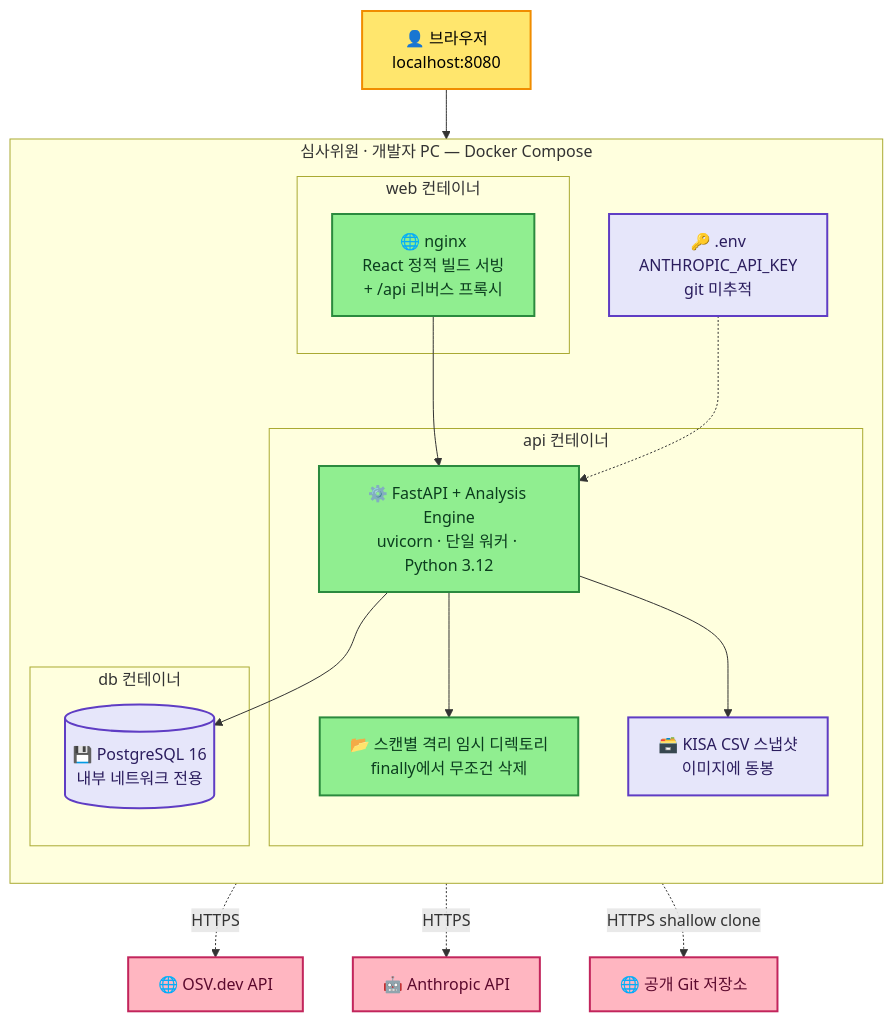
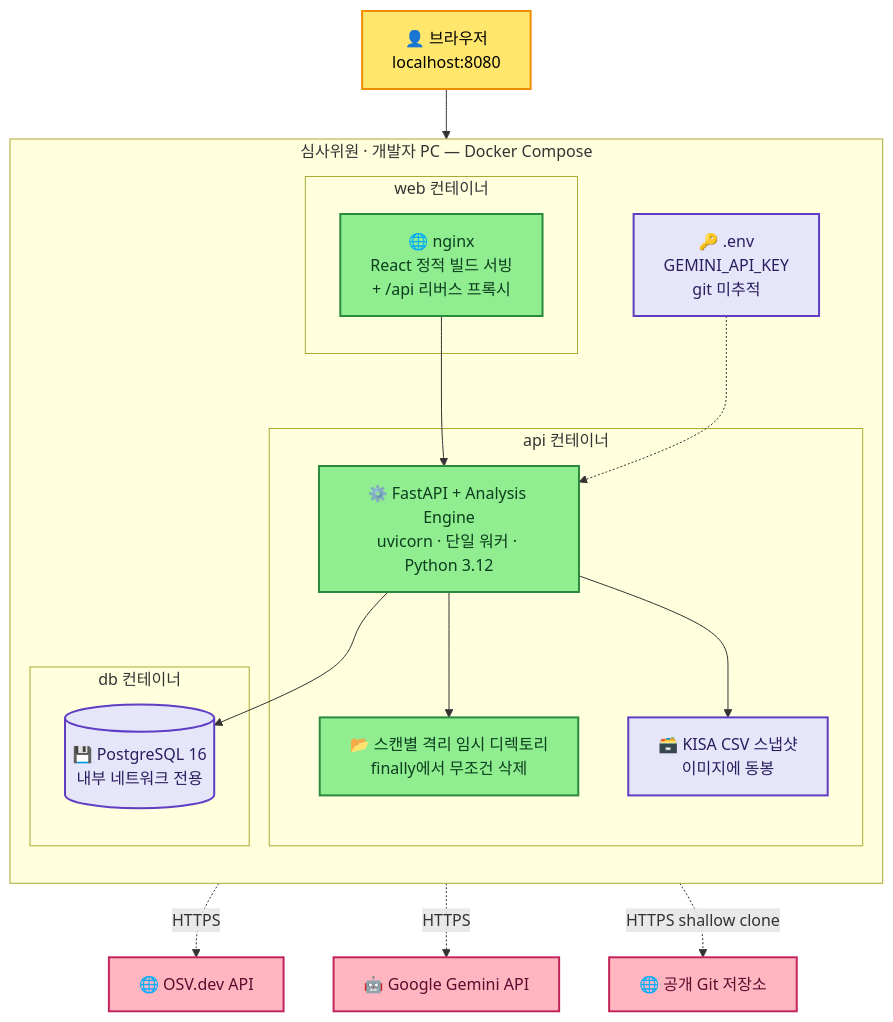
Before and after one commit to fmaPark/ansim-code: the fifth of 5 diagrams in docs/tdd.md, drawn with Mermaid. The commit also changed other lines of this file and 1 other file, not shown here.

First line of the commit message:
docs: TDD v0.6 — LLM 공급자 Gemini 전면 전환 반영 + 기획 검토 요청서

````diff
--- a/docs/tdd.md
+++ b/docs/tdd.md
@@ -411,44 +412,44 @@
 ```mermaid
 graph TB
     Browser[👤 브라우저<br/>localhost:8080]
 
     subgraph Host["심사위원 · 개발자 PC — Docker Compose"]
         direction TB
         subgraph WebC["web 컨테이너"]
             NGINX[🌐 nginx<br/>React 정적 빌드 서빙<br/>+ /api 리버스 프록시]
         end
         subgraph ApiC["api 컨테이너"]
             FASTAPI[⚙️ FastAPI + Analysis Engine<br/>uvicorn · 단일 워커 · Python 3.12]
             TMPV[📂 스캔별 격리 임시 디렉토리<br/>finally에서 무조건 삭제]
             SEED[🗃️ KISA CSV 스냅샷<br/>이미지에 동봉]
         end
         subgraph DbC["db 컨테이너"]
             PG[(💾 PostgreSQL 16<br/>내부 네트워크 전용)]
         end
-        ENV[🔑 .env<br/>ANTHROPIC_API_KEY<br/>git 미추적]
+        ENV[🔑 .env<br/>GEMINI_API_KEY<br/>git 미추적]
     end
 
     OSVX[🌐 OSV.dev API]
-    ANTH[🤖 Anthropic API]
+    GEM[🤖 Google Gemini API]
     GH[🌐 공개 Git 저장소]
 
     Browser --> NGINX
     NGINX --> FASTAPI
     FASTAPI --> PG
     FASTAPI --> TMPV
     FASTAPI --> SEED
     FASTAPI -.->|HTTPS| OSVX
-    FASTAPI -.->|HTTPS| ANTH
+    FASTAPI -.->|HTTPS| GEM
     FASTAPI -.->|HTTPS shallow clone| GH
     ENV -.-> FASTAPI
 
     classDef client fill:#FFE66D,stroke:#F08C00,stroke-width:2px,color:#000
     classDef svc fill:#90EE90,stroke:#2B8A3E,stroke-width:2px,color:#0B3D1E
     classDef data fill:#E6E6FA,stroke:#5F3DC4,stroke-width:2px,color:#2B1D5E
     classDef ext fill:#FFB6C1,stroke:#C2255C,stroke-width:2px,color:#5C0A2E
 
     class Browser client
     class NGINX,FASTAPI,TMPV svc
     class PG,SEED,ENV data
-    class OSVX,ANTH,GH ext
+    class OSVX,GEM,GH ext
 ```
````
